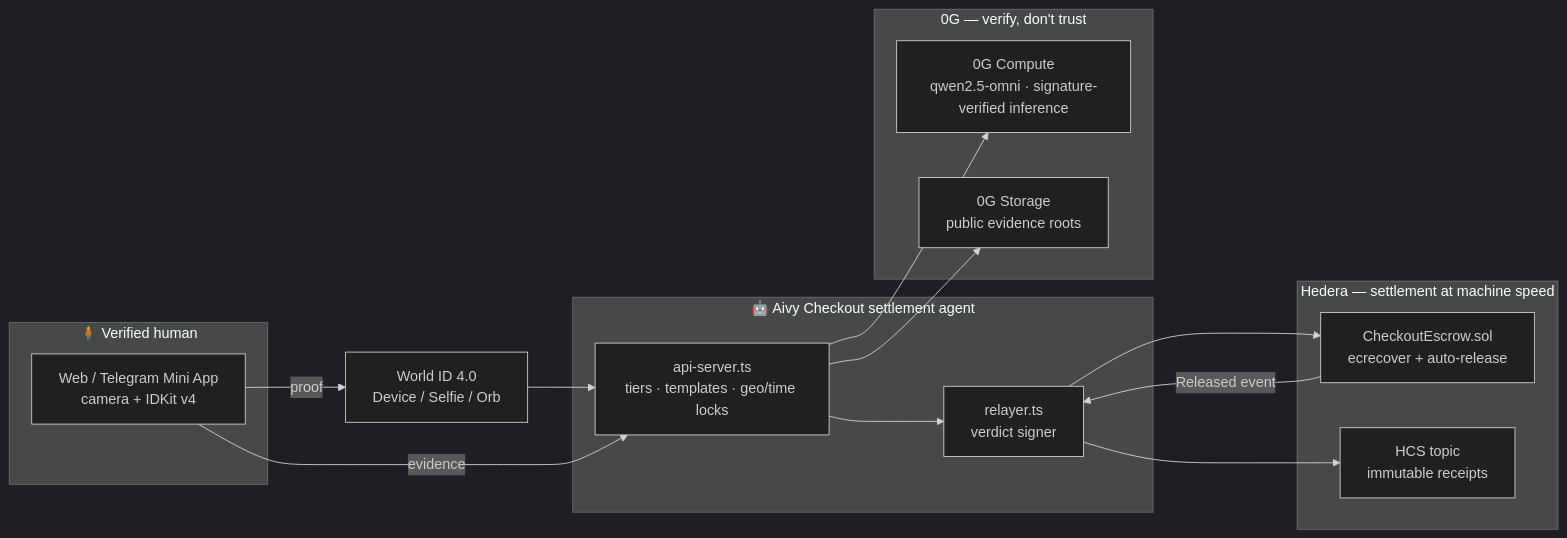
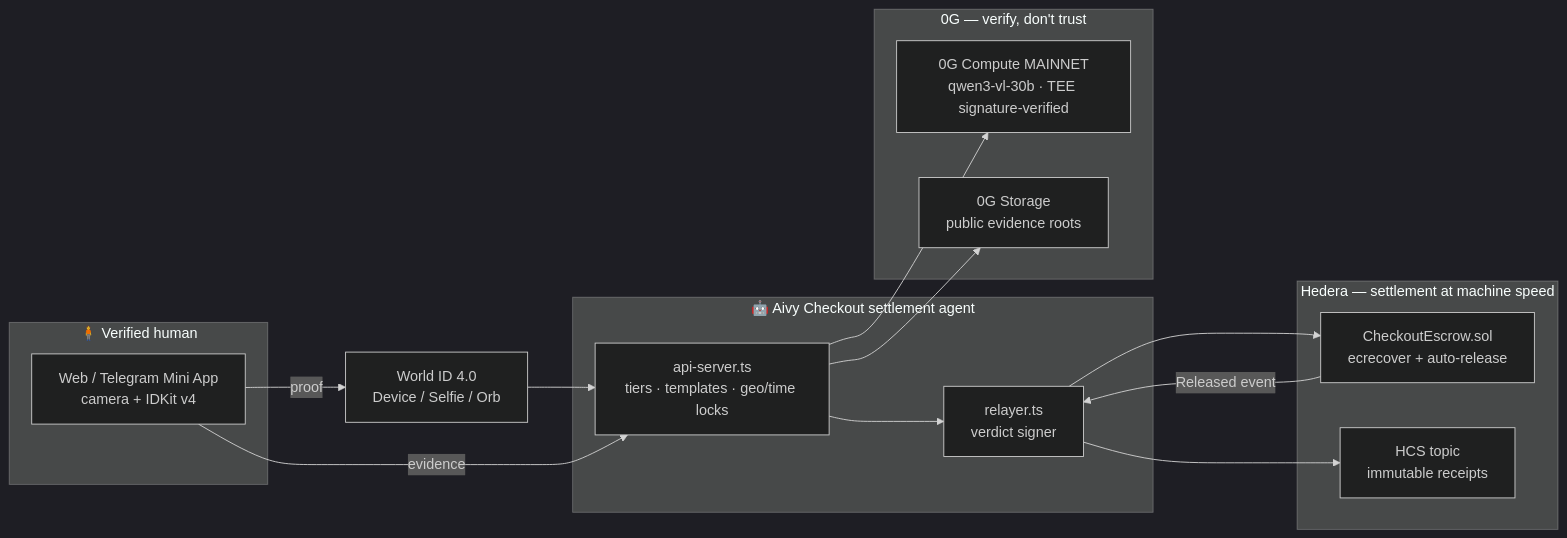
The second of 3 diagrams in README.md (jmgomezl/aivy-checkout), drawn with Mermaid (dark theme) before and after one commit. The commit also changed other lines of this file, not shown here.

First line of the commit message:
README: 0G Compute story updated to the mainnet 30B result

````diff
--- a/README.md
+++ b/README.md
@@ -99,26 +99,26 @@
 ```mermaid
 flowchart LR
     subgraph Human["🧍 Verified human"]
         TG[Web / Telegram Mini App<br/>camera + IDKit v4]
     end
     subgraph Agent["🤖 Aivy Checkout settlement agent"]
         API[api-server.ts<br/>tiers · templates · geo/time locks]
         REL[relayer.ts<br/>verdict signer]
     end
     subgraph ZG["0G — verify, don't trust"]
-        C[0G Compute<br/>qwen2.5-omni · signature-verified inference]
+        C[0G Compute MAINNET<br/>qwen3-vl-30b · TEE signature-verified]
         ST[0G Storage<br/>public evidence roots]
     end
     subgraph HED["Hedera — settlement at machine speed"]
         ESC[CheckoutEscrow.sol<br/>ecrecover + auto-release]
         HCS[HCS topic<br/>immutable receipts]
     end
     W[World ID 4.0<br/>Device / Selfie / Orb]
 
     TG -->|proof| W --> API
     TG -->|evidence| API
     API --> C
     API --> ST
     API --> REL --> ESC
     ESC -->|Released event| REL --> HCS
 ```
````
